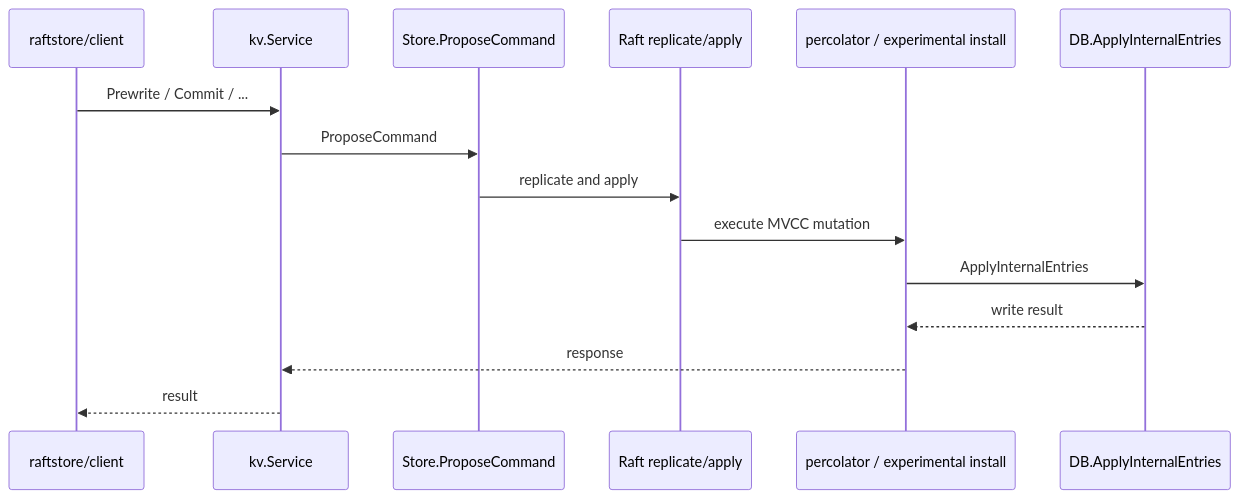
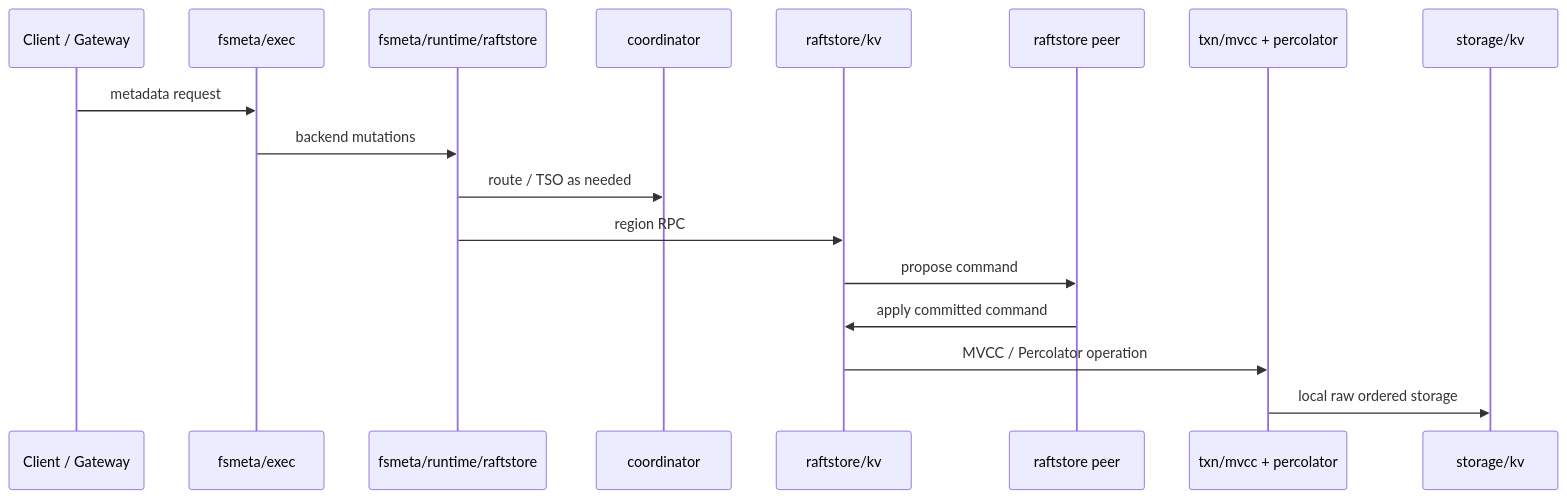
The second of 2 diagrams in docs/guide/runtime.md (feichai0017/NoKV), drawn with Mermaid before and after one commit. The commit also changed other lines of this file and 144 other files, not shown here.

Commit message:
refactor: simplify metadata storage backend layers

````diff
--- a/docs/guide/runtime.md
+++ b/docs/guide/runtime.md
@@ -104,17 +43,20 @@
 ```mermaid
 sequenceDiagram
-    participant CL as raftstore/client
-    participant SVC as kv.Service
-    participant ST as Store.ProposeCommand
-    participant RF as Raft replicate/apply
-    participant TXN as percolator / experimental install
-    participant DB as DB.ApplyInternalEntries
-    CL->>SVC: Prewrite / Commit / ...
-    SVC->>ST: ProposeCommand
-    ST->>RF: replicate and apply
-    RF->>TXN: execute MVCC mutation
-    TXN->>DB: ApplyInternalEntries
-    DB-->>TXN: write result
-    TXN-->>SVC: response
-    SVC-->>CL: result
+    participant App as Client / Gateway
+    participant Exec as fsmeta/exec
+    participant Adapter as fsmeta/runtime/raftstore
+    participant Coord as coordinator
+    participant Store as raftstore/kv
+    participant Raft as raftstore peer
+    participant Txn as txn/mvcc + percolator
+    participant Raw as storage/kv
+
+    App->>Exec: metadata request
+    Exec->>Adapter: backend mutations
+    Adapter->>Coord: route / TSO as needed
+    Adapter->>Store: region RPC
+    Store->>Raft: propose command
+    Raft->>Store: apply committed command
+    Store->>Txn: MVCC / Percolator operation
+    Txn->>Raw: local raw ordered storage
 ```
````
